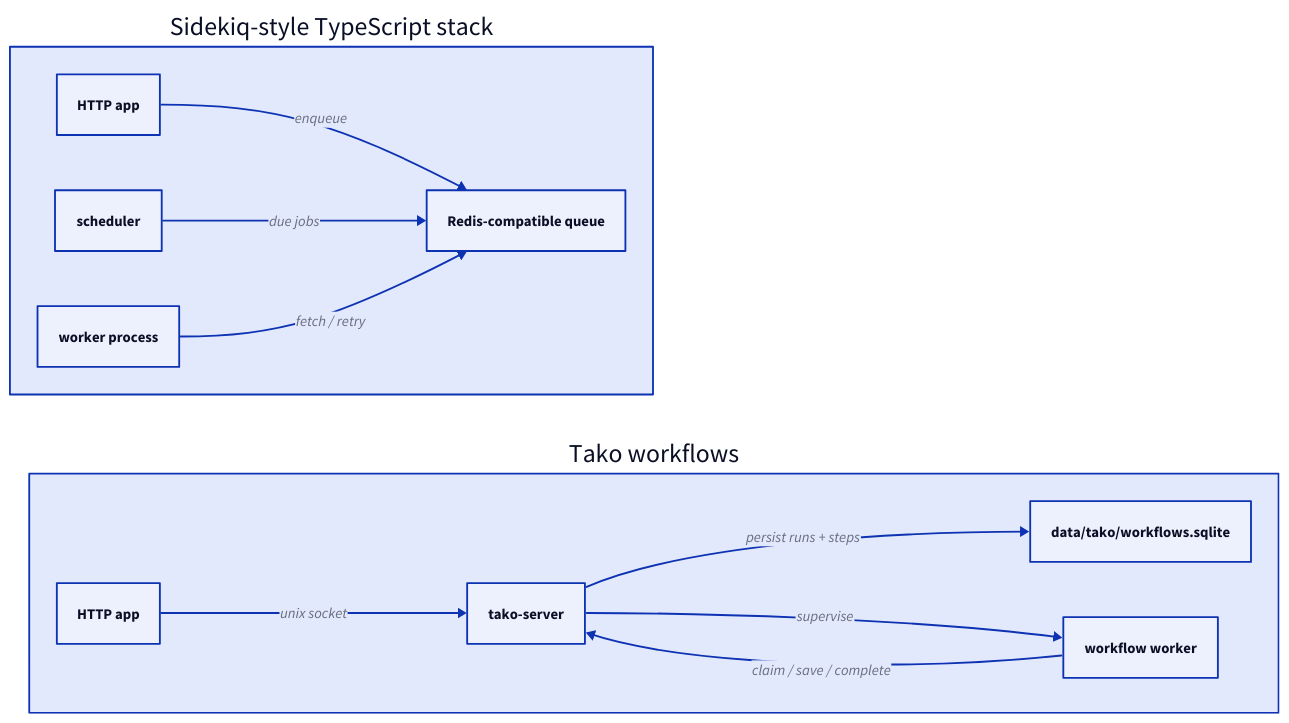
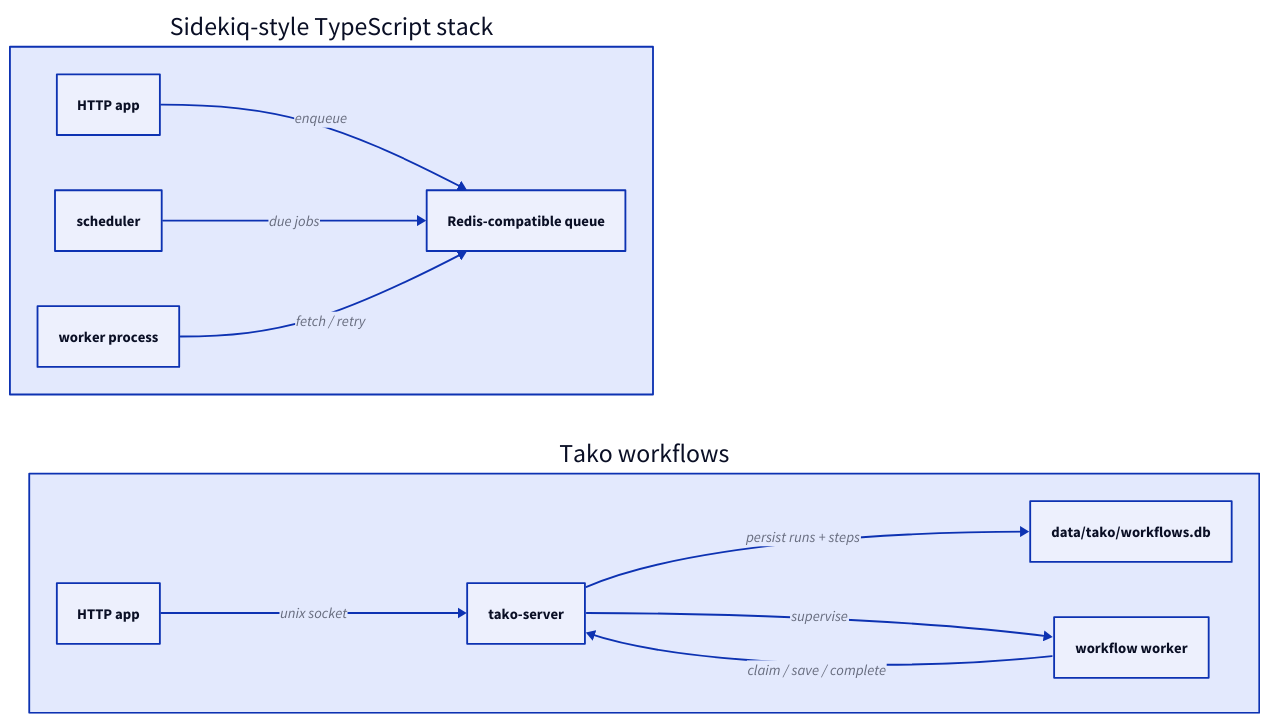
One commit to tako-sh/tako changed the diagram in website/src/content/blog/sidekiq-alternative-typescript-background-jobs.md. Above: the diagram before and after it, drawn with D2. The commit also changed 63 other files, not shown here.

````diff
--- a/website/src/content/blog/sidekiq-alternative-typescript-background-jobs.md
+++ b/website/src/content/blog/sidekiq-alternative-typescript-background-jobs.md
@@ -36,28 +36,28 @@
 ```d2
 direction: right
 
 sidekiq: "Sidekiq-style TypeScript stack" {
   direction: down
   app: "HTTP app"
   redis: "Redis-compatible queue"
   scheduler: "scheduler"
   worker: "worker process"
 
   app -> redis: "enqueue"
   scheduler -> redis: "due jobs"
   worker -> redis: "fetch / retry"
 }
 
 tako: "Tako workflows" {
   direction: down
   app2: "HTTP app"
   server: "tako-server"
-  db: "data/tako/workflows.sqlite"
+  db: "data/tako/workflows.db"
   worker2: "workflow worker"
 
   app2 -> server: "unix socket"
   server -> db: "persist runs + steps"
   server -> worker2: "supervise"
   worker2 -> server: "claim / save / complete"
 }
 ```
````
